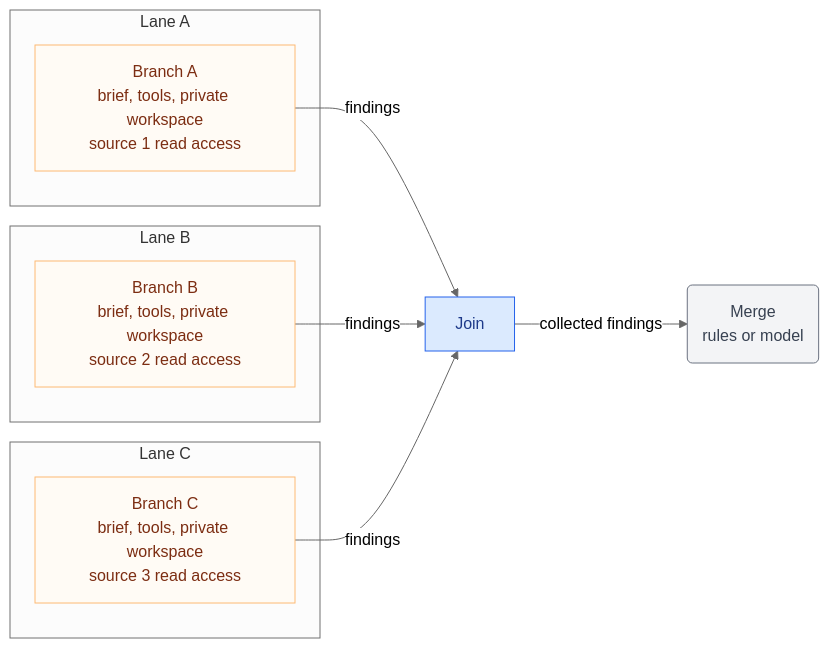
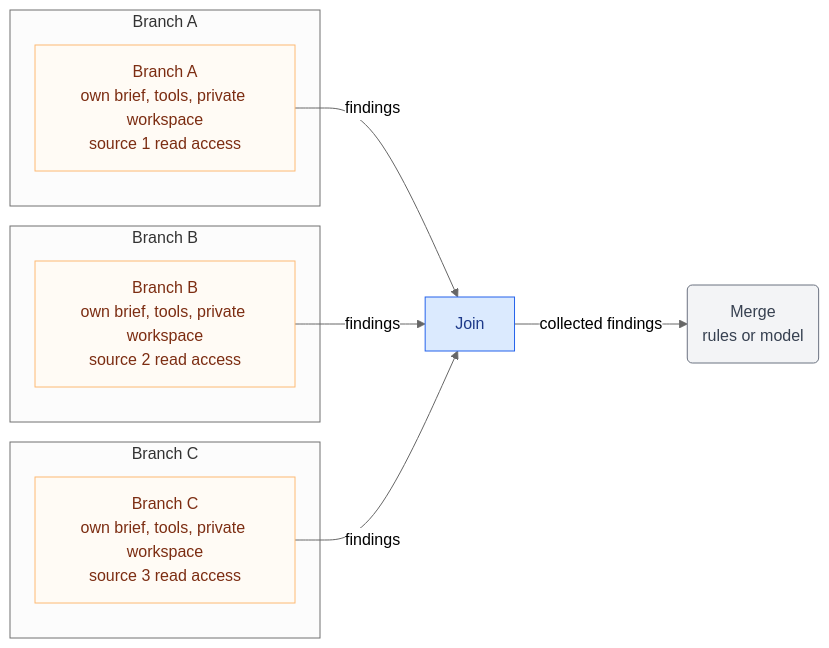
One commit to mzagar/wg-workflows-and-process-integration changed the diagram in workstreams/reference-architectures/patterns/branch-isolation.md. Above: the diagram before and after it, drawn with Mermaid (neutral theme). The commit also changed other lines of this file and 4 other files, not shown here.

````diff
--- a/workstreams/reference-architectures/patterns/branch-isolation.md
+++ b/workstreams/reference-architectures/patterns/branch-isolation.md
@@ -23,20 +25,20 @@
 ```mermaid
 flowchart LR
-    subgraph A[Lane A]
-        a["Branch A<br/>brief, tools, private workspace<br/>source 1 read access"]
+    subgraph A[Branch A]
+        a["Branch A<br/>own brief, tools, private workspace<br/>source 1 read access"]
     end
-    subgraph B[Lane B]
-        b["Branch B<br/>brief, tools, private workspace<br/>source 2 read access"]
+    subgraph B[Branch B]
+        b["Branch B<br/>own brief, tools, private workspace<br/>source 2 read access"]
     end
-    subgraph C[Lane C]
-        c["Branch C<br/>brief, tools, private workspace<br/>source 3 read access"]
+    subgraph C[Branch C]
+        c["Branch C<br/>own brief, tools, private workspace<br/>source 3 read access"]
     end
     a & b & c -- findings --> join[Join]
     join -- collected findings --> merge("Merge<br/>rules or model")
-    classDef lane fill:#fffbf5,stroke:#fdba74,color:#7c2d12
+    classDef branch fill:#fffbf5,stroke:#fdba74,color:#7c2d12
     classDef workflow fill:#dbeafe,stroke:#2563eb,color:#1e3a8a
     classDef mergeStep fill:#f3f4f6,stroke:#6b7280,color:#374151
-    class a,b,c lane
+    class a,b,c branch
     class join workflow
     class merge mergeStep
 ```
````
